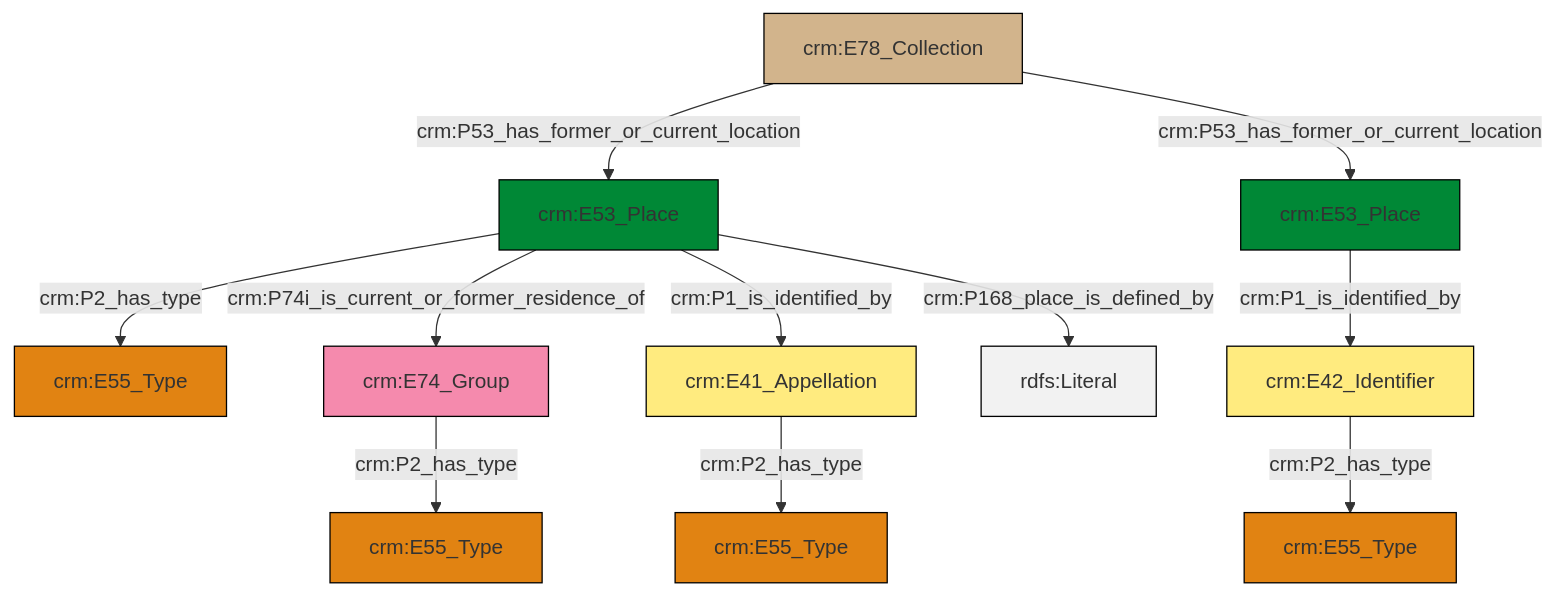
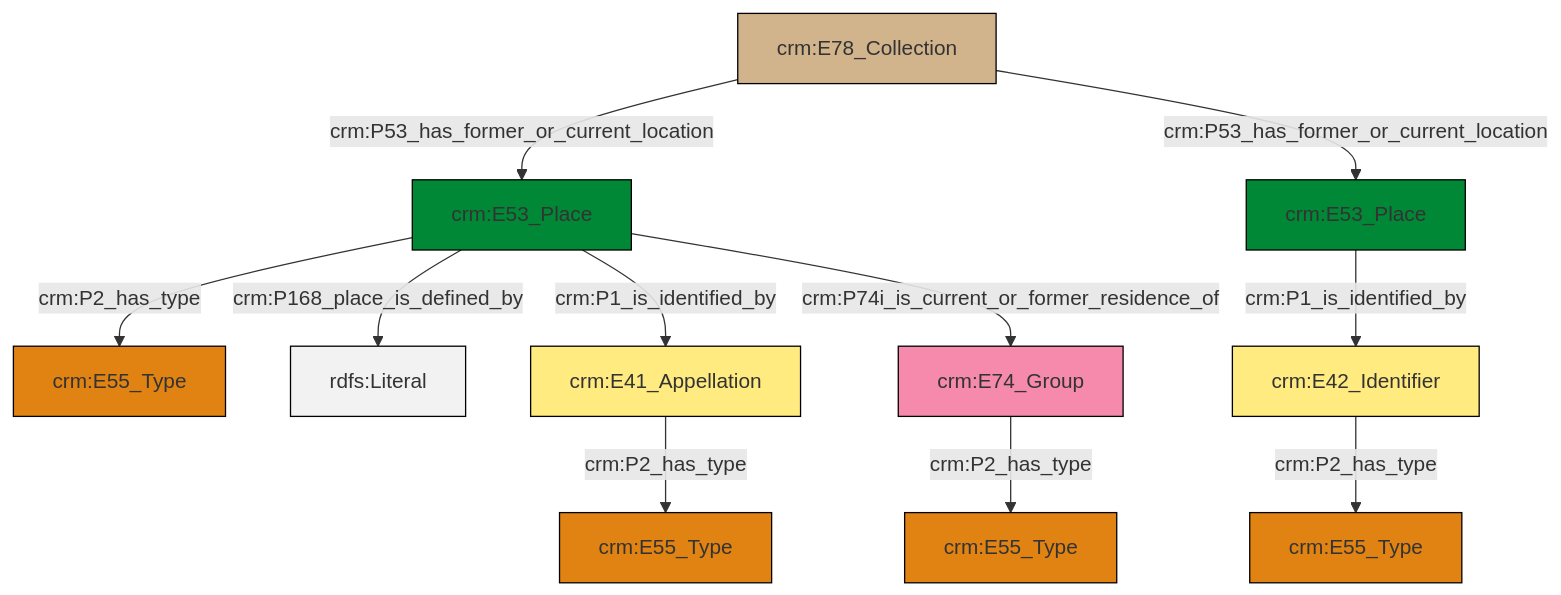
One commit to swiss-art-research-net/docs.swissartresearch changed the diagram in et/archivalCSV/ttl/mmd/archival_location.ttl.mmd. Above: the diagram before and after it, drawn with Mermaid. The commit also changed 171 other files, not shown here.

```diff
--- a/et/archivalCSV/ttl/mmd/archival_location.ttl.mmd
+++ b/et/archivalCSV/ttl/mmd/archival_location.ttl.mmd
@@ -1,25 +1,25 @@
 graph TD
 classDef Literal fill:#f2f2f2,stroke:#000000;
 classDef CRM_Entity fill:#FFFFFF,stroke:#000000;
 classDef Temporal_Entity fill:#00C9E6, stroke:#000000;
 classDef Type fill:#E18312, stroke:#000000;
 classDef Time-Span fill:#2C9C91, stroke:#000000;
 classDef Appellation fill:#FFEB7F, stroke:#000000;
 classDef Place fill:#008836, stroke:#000000;
 classDef Persistent_Item fill:#B266B2, stroke:#000000;
 classDef Conceptual_Object fill:#FFD700, stroke:#000000;
 classDef Physical_Thing fill:#D2B48C, stroke:#000000;
 classDef Actor fill:#f58aad, stroke:#000000;
 classDef PC_Classes fill:#4ce600, stroke:#000000;
 classDef Multi fill:#cccccc,stroke:#000000;
 
-0["crm:E53_Place"]:::Place -->|crm:P2_has_type| 1["crm:E55_Type"]:::Type
-7["crm:E42_Identifier"]:::Appellation -->|crm:P2_has_type| 5["crm:E55_Type"]:::Type
-9["crm:E41_Appellation"]:::Appellation -->|crm:P2_has_type| 2["crm:E55_Type"]:::Type
-11["crm:E74_Group"]:::Actor -->|crm:P2_has_type| 12["crm:E55_Type"]:::Type
-0["crm:E53_Place"]:::Place -->|crm:P74i_is_current_or_former_residence_of| 11["crm:E74_Group"]:::Actor
-16["crm:E78_Collection"]:::Physical_Thing -->|crm:P53_has_former_or_current_location| 0["crm:E53_Place"]:::Place
-16["crm:E78_Collection"]:::Physical_Thing -->|crm:P53_has_former_or_current_location| 20["crm:E53_Place"]:::Place
-20["crm:E53_Place"]:::Place -->|crm:P1_is_identified_by| 7["crm:E42_Identifier"]:::Appellation
-0["crm:E53_Place"]:::Place -->|crm:P1_is_identified_by| 9["crm:E41_Appellation"]:::Appellation
-0["crm:E53_Place"]:::Place -->|crm:P168_place_is_defined_by| 24[rdfs:Literal]:::Literal
+2["crm:E53_Place"]:::Place -->|crm:P2_has_type| 3["crm:E55_Type"]:::Type
+6["crm:E53_Place"]:::Place -->|crm:P1_is_identified_by| 7["crm:E42_Identifier"]:::Appellation
+8["crm:E78_Collection"]:::Physical_Thing -->|crm:P53_has_former_or_current_location| 2["crm:E53_Place"]:::Place
+11["crm:E41_Appellation"]:::Appellation -->|crm:P2_has_type| 4["crm:E55_Type"]:::Type
+2["crm:E53_Place"]:::Place -->|crm:P168_place_is_defined_by| 12[rdfs:Literal]:::Literal
+2["crm:E53_Place"]:::Place -->|crm:P1_is_identified_by| 11["crm:E41_Appellation"]:::Appellation
+2["crm:E53_Place"]:::Place -->|crm:P74i_is_current_or_former_residence_of| 0["crm:E74_Group"]:::Actor
+8["crm:E78_Collection"]:::Physical_Thing -->|crm:P53_has_former_or_current_location| 6["crm:E53_Place"]:::Place
+0["crm:E74_Group"]:::Actor -->|crm:P2_has_type| 15["crm:E55_Type"]:::Type
+7["crm:E42_Identifier"]:::Appellation -->|crm:P2_has_type| 9["crm:E55_Type"]:::Type
```
